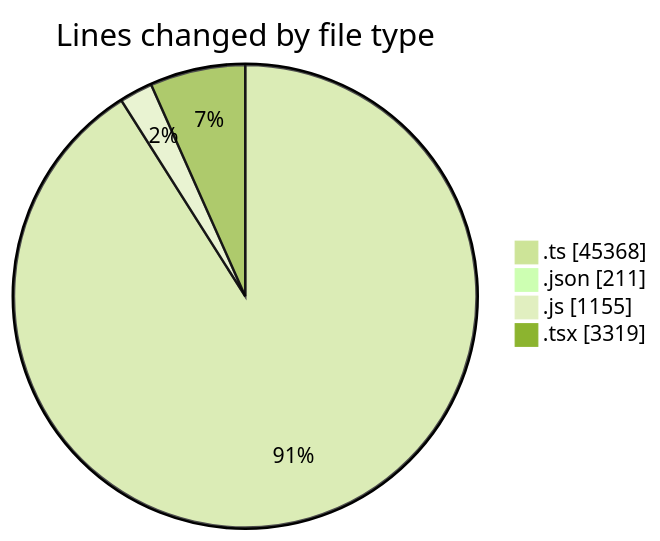
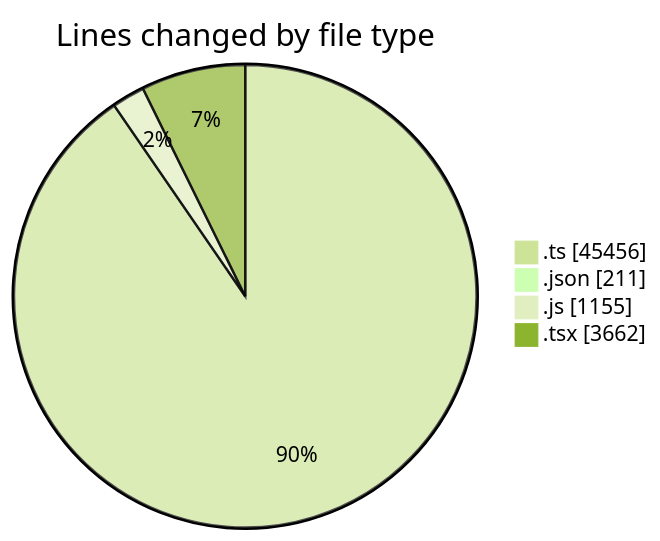
One commit to momahboobian/code-tracking changed the first of 2 diagrams in 2026-11-04/cda/README.md. Above: the diagram before and after it, drawn with Mermaid (forest theme). The commit also changed other lines of this file and 1 other file, not shown here.

````diff
--- a/2026-11-04/cda/README.md
+++ b/2026-11-04/cda/README.md
@@ -52,8 +52,8 @@
 ```mermaid
 pie showData
 title Lines changed by file type
-".ts" : 45368
+".ts" : 45456
 ".json" : 211
 ".js" : 1155
-".tsx" : 3319
+".tsx" : 3662
 ```
````
